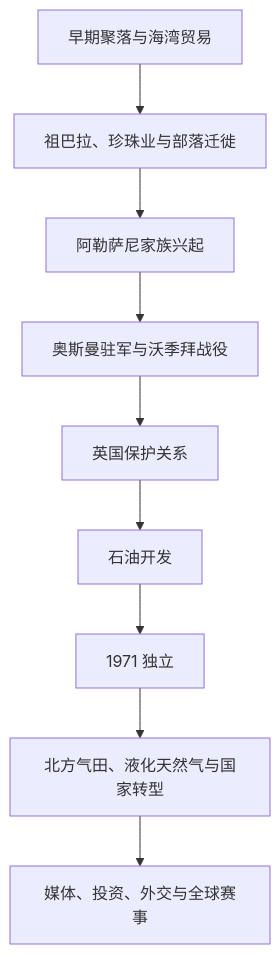
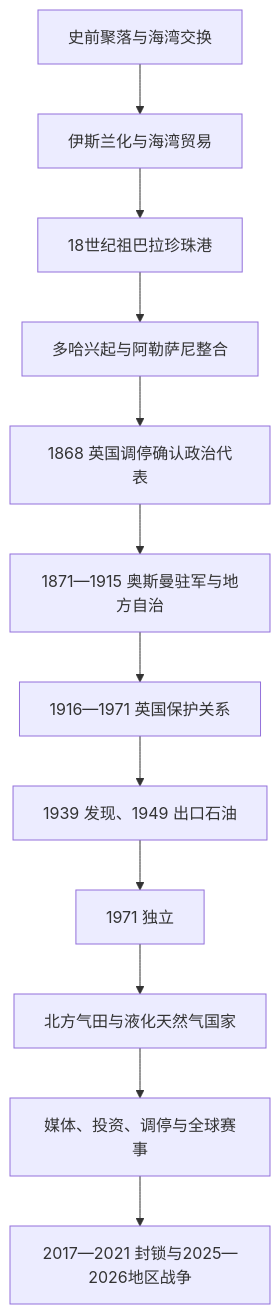
Before and after one commit to tianlan-dev/learning-notes: the diagram in 人文科学/历史/西亚/阿拉伯半岛/卡塔尔/README.md, drawn with Mermaid. The commit also changed other lines of this file and 1417 other files, not shown here.

````diff
--- a/人文科学/历史/西亚/阿拉伯半岛/卡塔尔/README.md
+++ b/人文科学/历史/西亚/阿拉伯半岛/卡塔尔/README.md
@@ -13,11 +14,14 @@
 ```mermaid
 flowchart TD
-    Ancient["早期聚落与海湾贸易"] --> Zubarah["祖巴拉、珍珠业与部落迁徙"]
-    Zubarah --> Thani["阿勒萨尼家族兴起"]
-    Thani --> Ottoman["奥斯曼驻军与沃季拜战役"]
-    Ottoman --> British["英国保护关系"]
-    British --> Oil["石油开发"]
+    Ancient["史前聚落与海湾交换"] --> Islam["伊斯兰化与海湾贸易"]
+    Islam --> Zubarah["18世纪祖巴拉珍珠港"]
+    Zubarah --> Doha["多哈兴起与阿勒萨尼整合"]
+    Doha --> Settlement["1868 英国调停确认政治代表"]
+    Settlement --> Ottoman["1871—1915 奥斯曼驻军与地方自治"]
+    Ottoman --> British["1916—1971 英国保护关系"]
+    British --> Oil["1939 发现、1949 出口石油"]
     Oil --> Independence["1971 独立"]
-    Independence --> Gas["北方气田、液化天然气与国家转型"]
-    Gas --> Modern["媒体、投资、外交与全球赛事"]
+    Independence --> LNG["北方气田与液化天然气国家"]
+    LNG --> Global["媒体、投资、调停与全球赛事"]
+    Global --> Crisis["2017—2021 封锁与2025—2026地区战争"]
 ```
````
